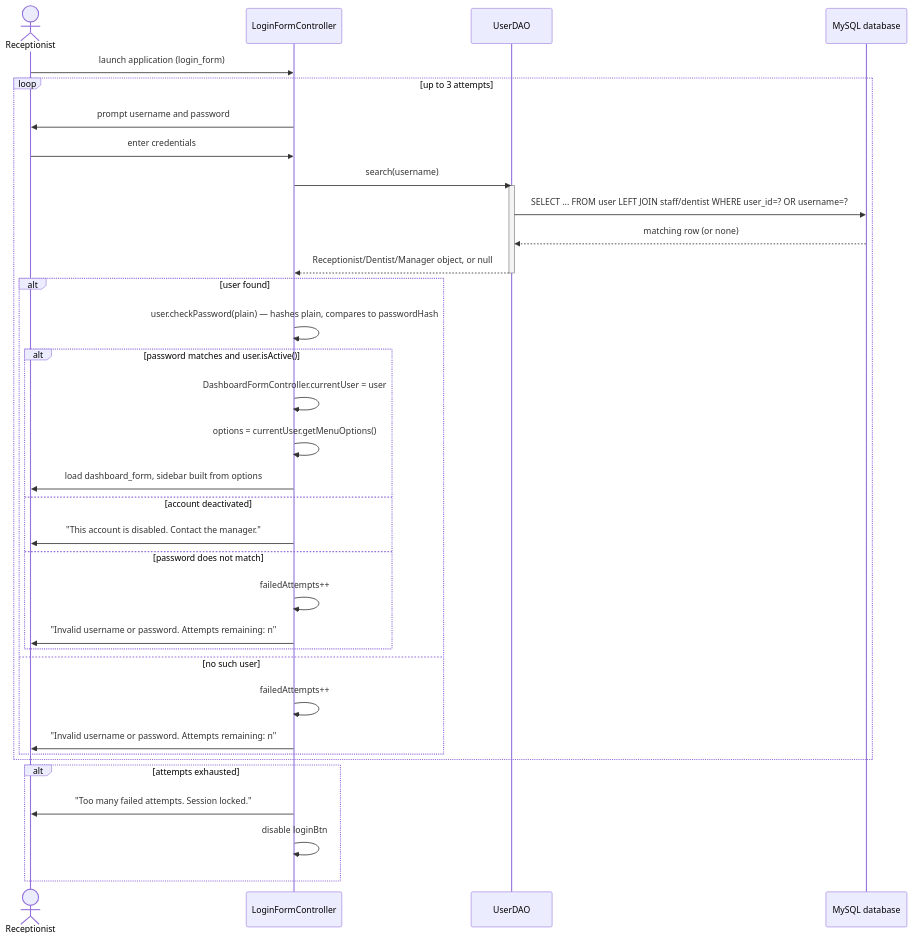
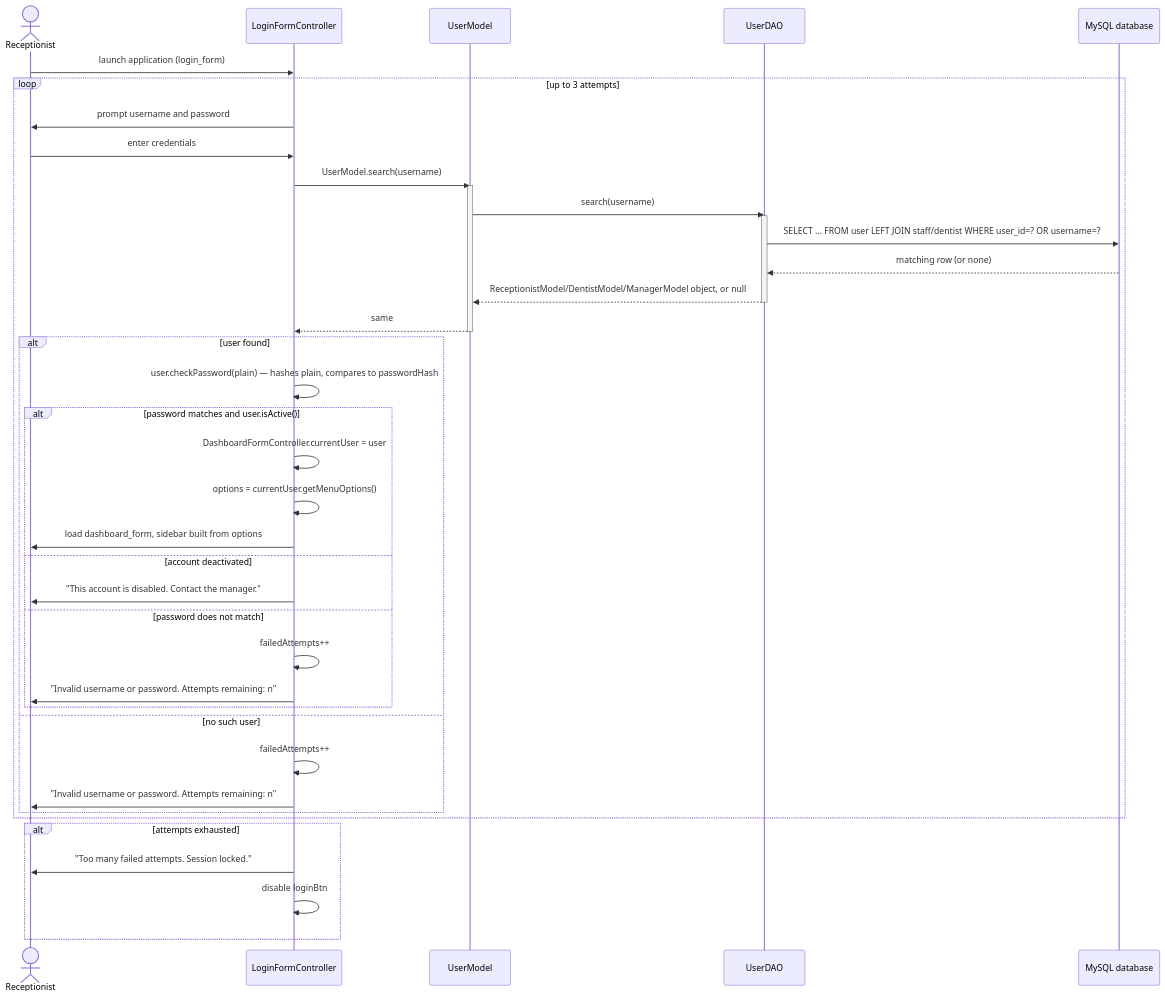
Before and after one commit to DasunMadawa/sun-rise-dental-clinic: the first of 4 diagrams in docs/SequenceDiagrams.md, drawn with Mermaid. The commit also changed other lines of this file and 51 other files, not shown here.

````diff
--- a/docs/SequenceDiagrams.md
+++ b/docs/SequenceDiagrams.md
@@ -15,43 +15,48 @@
 ```mermaid
 sequenceDiagram
     actor Receptionist
     participant UI as LoginFormController
+    participant Model as UserModel
     participant Dao as UserDAO
     participant DB as MySQL database
 
     Receptionist->>UI: launch application (login_form)
 
     loop up to 3 attempts
         UI->>Receptionist: prompt username and password
         Receptionist->>UI: enter credentials
-        UI->>Dao: search(username)
+        UI->>Model: UserModel.search(username)
+        activate Model
+        Model->>Dao: search(username)
         activate Dao
         Dao->>DB: SELECT ... FROM user LEFT JOIN staff/dentist WHERE user_id=? OR username=?
         DB-->>Dao: matching row (or none)
-        Dao-->>UI: Receptionist/Dentist/Manager object, or null
+        Dao-->>Model: ReceptionistModel/DentistModel/ManagerModel object, or null
         deactivate Dao
+        Model-->>UI: same
+        deactivate Model
 
         alt user found
             UI->>UI: user.checkPassword(plain) — hashes plain, compares to passwordHash
 
             alt password matches and user.isActive()
                 UI->>UI: DashboardFormController.currentUser = user
                 UI->>UI: options = currentUser.getMenuOptions()
                 UI->>Receptionist: load dashboard_form, sidebar built from options
             else account deactivated
                 UI->>Receptionist: "This account is disabled. Contact the manager."
             else password does not match
                 UI->>UI: failedAttempts++
                 UI->>Receptionist: "Invalid username or password. Attempts remaining: n"
             end
         else no such user
             UI->>UI: failedAttempts++
             UI->>Receptionist: "Invalid username or password. Attempts remaining: n"
         end
     end
 
     alt attempts exhausted
         UI->>Receptionist: "Too many failed attempts. Session locked."
         UI->>UI: disable loginBtn
     end
 ```
````
